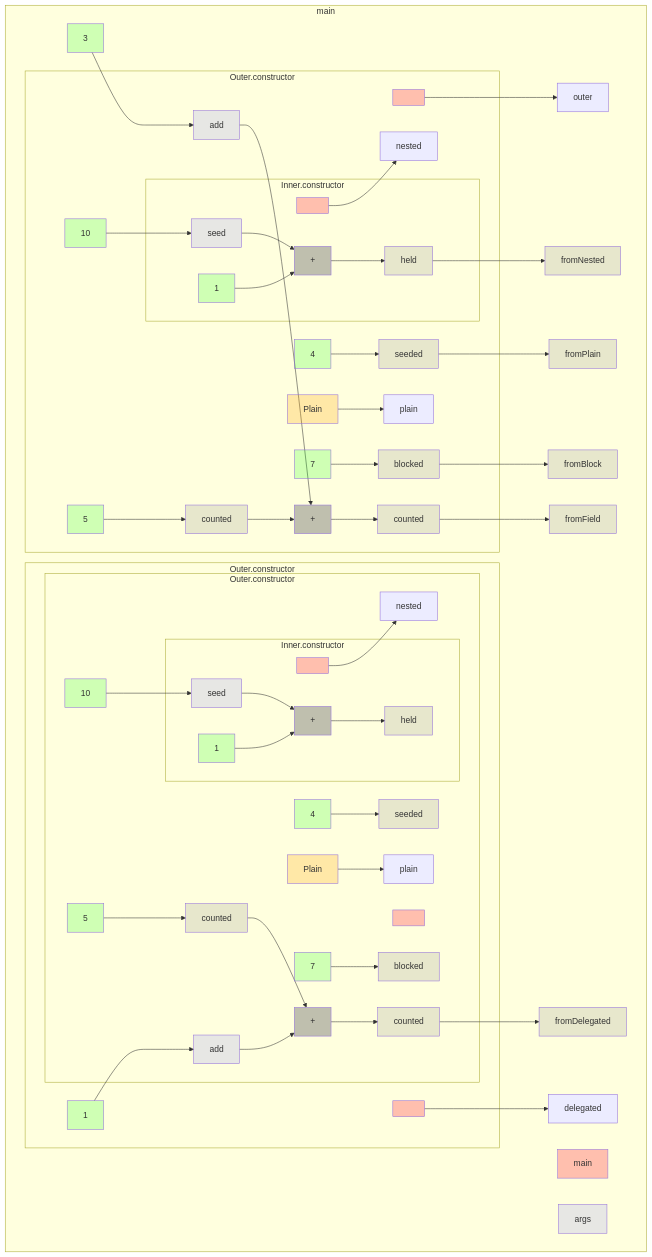
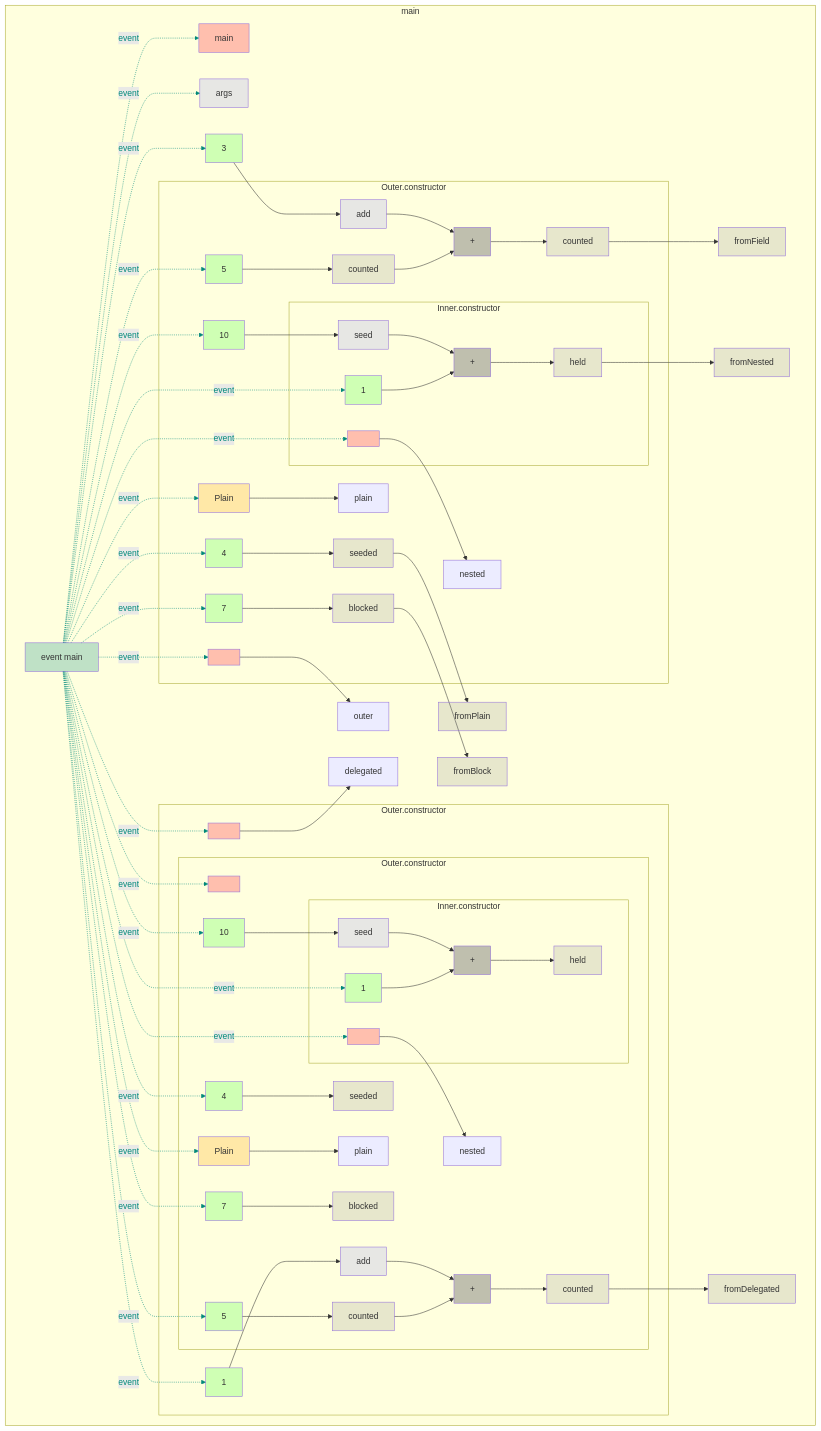
One commit to gstiebler/codeflow changed the diagram in app/src/test/resources/fieldInitializer/snapshot.md. Above: the diagram before and after it, drawn with Mermaid. The commit also changed 77 other files, not shown here.

````diff
--- a/app/src/test/resources/fieldInitializer/snapshot.md
+++ b/app/src/test/resources/fieldInitializer/snapshot.md
@@ -1,100 +1,143 @@
 ```mermaid
 flowchart TD
   subgraph b0["main"]
-    n1[main]:::RETURN
-    n2[args]:::FUNC_PARAM
-    n3[3]:::LITERAL
-    n25[outer]:::OBJ_VARIABLE
-    n26[fromField]:::VARIABLE
-    n27[fromBlock]:::VARIABLE
-    n28[fromNested]:::VARIABLE
-    n29[fromPlain]:::VARIABLE
-    n54[delegated]:::OBJ_VARIABLE
-    n55[fromDelegated]:::VARIABLE
-    n3[3]:::LITERAL --> n6[add]:::FUNC_PARAM
-    n5[<init>]:::RETURN --> n25[outer]:::OBJ_VARIABLE
-    n16[seeded]:::VARIABLE --> n29[fromPlain]:::VARIABLE
-    n22[blocked]:::VARIABLE --> n27[fromBlock]:::VARIABLE
-    n24[counted]:::VARIABLE --> n26[fromField]:::VARIABLE
-    n13[held]:::VARIABLE --> n28[fromNested]:::VARIABLE
-    n31[<init>]:::RETURN --> n54[delegated]:::OBJ_VARIABLE
-    n53[counted]:::VARIABLE --> n55[fromDelegated]:::VARIABLE
-    subgraph b4["Outer.constructor"]
-      n5[<init>]:::RETURN
-      n6[add]:::FUNC_PARAM
-      n7[10]:::LITERAL
-      n14[nested]:::OBJ_VARIABLE
-      n15[4]:::LITERAL
-      n16[seeded]:::VARIABLE
-      n17[Plain]:::EXTERNAL
-      n18[plain]:::OBJ_VARIABLE
-      n19[5]:::LITERAL
-      n20[counted]:::VARIABLE
-      n21[7]:::LITERAL
-      n22[blocked]:::VARIABLE
-      n23[+]:::BIN_OP
-      n24[counted]:::VARIABLE
-      n6[add]:::FUNC_PARAM --> n23[+]:::BIN_OP
-      n7[10]:::LITERAL --> n10[seed]:::FUNC_PARAM
-      n15[4]:::LITERAL --> n16[seeded]:::VARIABLE
-      n17[Plain]:::EXTERNAL --> n18[plain]:::OBJ_VARIABLE
-      n19[5]:::LITERAL --> n20[counted]:::VARIABLE
-      n20[counted]:::VARIABLE --> n23[+]:::BIN_OP
-      n21[7]:::LITERAL --> n22[blocked]:::VARIABLE
-      n23[+]:::BIN_OP --> n24[counted]:::VARIABLE
-      n9[<init>]:::RETURN --> n14[nested]:::OBJ_VARIABLE
-      subgraph b8["Inner.constructor"]
-        n9[<init>]:::RETURN
-        n10[seed]:::FUNC_PARAM
-        n11[1]:::LITERAL
-        n12[+]:::BIN_OP
-        n13[held]:::VARIABLE
-        n10[seed]:::FUNC_PARAM --> n12[+]:::BIN_OP
-        n11[1]:::LITERAL --> n12[+]:::BIN_OP
-        n12[+]:::BIN_OP --> n13[held]:::VARIABLE
+    n1[event main]:::EVENT
+    n2[main]:::RETURN
+    n3[args]:::FUNC_PARAM
+    n4[3]:::LITERAL
+    n26[outer]:::OBJ_VARIABLE
+    n27[fromField]:::VARIABLE
+    n28[fromBlock]:::VARIABLE
+    n29[fromNested]:::VARIABLE
+    n30[fromPlain]:::VARIABLE
+    n55[delegated]:::OBJ_VARIABLE
+    n56[fromDelegated]:::VARIABLE
+    n1[event main]:::EVENT -. event .-> n2[main]:::RETURN
+    n1[event main]:::EVENT -. event .-> n3[args]:::FUNC_PARAM
+    n1[event main]:::EVENT -. event .-> n4[3]:::LITERAL
+    n1[event main]:::EVENT -. event .-> n6[<init>]:::RETURN
+    n1[event main]:::EVENT -. event .-> n8[10]:::LITERAL
+    n1[event main]:::EVENT -. event .-> n16[4]:::LITERAL
+    n1[event main]:::EVENT -. event .-> n18[Plain]:::EXTERNAL
+    n1[event main]:::EVENT -. event .-> n20[5]:::LITERAL
+    n1[event main]:::EVENT -. event .-> n22[7]:::LITERAL
+    n1[event main]:::EVENT -. event .-> n10[<init>]:::RETURN
+    n1[event main]:::EVENT -. event .-> n12[1]:::LITERAL
+    n1[event main]:::EVENT -. event .-> n32[<init>]:::RETURN
+    n1[event main]:::EVENT -. event .-> n33[1]:::LITERAL
+    n1[event main]:::EVENT -. event .-> n35[<init>]:::RETURN
+    n1[event main]:::EVENT -. event .-> n37[10]:::LITERAL
+    n1[event main]:::EVENT -. event .-> n45[4]:::LITERAL
+    n1[event main]:::EVENT -. event .-> n47[Plain]:::EXTERNAL
+    n1[event main]:::EVENT -. event .-> n49[5]:::LITERAL
+    n1[event main]:::EVENT -. event .-> n51[7]:::LITERAL
+    n1[event main]:::EVENT -. event .-> n39[<init>]:::RETURN
+    n1[event main]:::EVENT -. event .-> n41[1]:::LITERAL
+    n4[3]:::LITERAL --> n7[add]:::FUNC_PARAM
+    n6[<init>]:::RETURN --> n26[outer]:::OBJ_VARIABLE
+    n17[seeded]:::VARIABLE --> n30[fromPlain]:::VARIABLE
+    n23[blocked]:::VARIABLE --> n28[fromBlock]:::VARIABLE
+    n25[counted]:::VARIABLE --> n27[fromField]:::VARIABLE
+    n14[held]:::VARIABLE --> n29[fromNested]:::VARIABLE
+    n32[<init>]:::RETURN --> n55[delegated]:::OBJ_VARIABLE
+    n54[counted]:::VARIABLE --> n56[fromDelegated]:::VARIABLE
+    subgraph b5["Outer.constructor"]
+      n6[<init>]:::RETURN
+      n7[add]:::FUNC_PARAM
+      n8[10]:::LITERAL
+      n15[nested]:::OBJ_VARIABLE
+      n16[4]:::LITERAL
+      n17[seeded]:::VARIABLE
+      n18[Plain]:::EXTERNAL
+      n19[plain]:::OBJ_VARIABLE
+      n20[5]:::LITERAL
+      n21[counted]:::VARIABLE
+      n22[7]:::LITERAL
+      n23[blocked]:::VARIABLE
+      n24[+]:::BIN_OP
+      n25[counted]:::VARIABLE
+      n7[add]:::FUNC_PARAM --> n24[+]:::BIN_OP
+      n8[10]:::LITERAL --> n11[seed]:::FUNC_PARAM
+      n16[4]:::LITERAL --> n17[seeded]:::VARIABLE
+      n18[Plain]:::EXTERNAL --> n19[plain]:::OBJ_VARIABLE
+      n20[5]:::LITERAL --> n21[counted]:::VARIABLE
+      n21[counted]:::VARIABLE --> n24[+]:::BIN_OP
+      n22[7]:::LITERAL --> n23[blocked]:::VARIABLE
+      n24[+]:::BIN_OP --> n25[counted]:::VARIABLE
+      n10[<init>]:::RETURN --> n15[nested]:::OBJ_VARIABLE
+      subgraph b9["Inner.constructor"]
+        n10[<init>]:::RETURN
+        n11[seed]:::FUNC_PARAM
+        n12[1]:::LITERAL
+        n13[+]:::BIN_OP
+        n14[held]:::VARIABLE
+        n11[seed]:::FUNC_PARAM --> n13[+]:::BIN_OP
+        n12[1]:::LITERAL --> n13[+]:::BIN_OP
+        n13[+]:::BIN_OP --> n14[held]:::VARIABLE
       end
     end
-    subgraph b30["Outer.constructor"]
-      n31[<init>]:::RETURN
-      n32[1]:::LITERAL
-      n32[1]:::LITERAL --> n35[add]:::FUNC_PARAM
-      subgraph b33["Outer.constructor"]
-        n34[<init>]:::RETURN
-        n35[add]:::FUNC_PARAM
-        n36[10]:::LITERAL
-        n43[nested]:::OBJ_VARIABLE
-        n44[4]:::LITERAL
-        n45[seeded]:::VARIABLE
-        n46[Plain]:::EXTERNAL
-        n47[plain]:::OBJ_VARIABLE
-        n48[5]:::LITERAL
-        n49[counted]:::VARIABLE
-        n50[7]:::LITERAL
-        n51[blocked]:::VARIABLE
-        n52[+]:::BIN_OP
-        n53[counted]:::VARIABLE
-        n35[add]:::FUNC_PARAM --> n52[+]:::BIN_OP
-        n36[10]:::LITERAL --> n39[seed]:::FUNC_PARAM
-        n44[4]:::LITERAL --> n45[seeded]:::VARIABLE
-        n46[Plain]:::EXTERNAL --> n47[plain]:::OBJ_VARIABLE
-        n48[5]:::LITERAL --> n49[counted]:::VARIABLE
-        n49[counted]:::VARIABLE --> n52[+]:::BIN_OP
-        n50[7]:::LITERAL --> n51[blocked]:::VARIABLE
-        n52[+]:::BIN_OP --> n53[counted]:::VARIABLE
-        n38[<init>]:::RETURN --> n43[nested]:::OBJ_VARIABLE
-        subgraph b37["Inner.constructor"]
-          n38[<init>]:::RETURN
-          n39[seed]:::FUNC_PARAM
-          n40[1]:::LITERAL
-          n41[+]:::BIN_OP
-          n42[held]:::VARIABLE
-          n39[seed]:::FUNC_PARAM --> n41[+]:::BIN_OP
-          n40[1]:::LITERAL --> n41[+]:::BIN_OP
-          n41[+]:::BIN_OP --> n42[held]:::VARIABLE
+    subgraph b31["Outer.constructor"]
+      n32[<init>]:::RETURN
+      n33[1]:::LITERAL
+      n33[1]:::LITERAL --> n36[add]:::FUNC_PARAM
+      subgraph b34["Outer.constructor"]
+        n35[<init>]:::RETURN
+        n36[add]:::FUNC_PARAM
+        n37[10]:::LITERAL
+        n44[nested]:::OBJ_VARIABLE
+        n45[4]:::LITERAL
+        n46[seeded]:::VARIABLE
+        n47[Plain]:::EXTERNAL
+        n48[plain]:::OBJ_VARIABLE
+        n49[5]:::LITERAL
+        n50[counted]:::VARIABLE
+        n51[7]:::LITERAL
+        n52[blocked]:::VARIABLE
+        n53[+]:::BIN_OP
+        n54[counted]:::VARIABLE
+        n36[add]:::FUNC_PARAM --> n53[+]:::BIN_OP
+        n37[10]:::LITERAL --> n40[seed]:::FUNC_PARAM
+        n45[4]:::LITERAL --> n46[seeded]:::VARIABLE
+        n47[Plain]:::EXTERNAL --> n48[plain]:::OBJ_VARIABLE
+        n49[5]:::LITERAL --> n50[counted]:::VARIABLE
+        n50[counted]:::VARIABLE --> n53[+]:::BIN_OP
+        n51[7]:::LITERAL --> n52[blocked]:::VARIABLE
+        n53[+]:::BIN_OP --> n54[counted]:::VARIABLE
+        n39[<init>]:::RETURN --> n44[nested]:::OBJ_VARIABLE
+        subgraph b38["Inner.constructor"]
+          n39[<init>]:::RETURN
+          n40[seed]:::FUNC_PARAM
+          n41[1]:::LITERAL
+          n42[+]:::BIN_OP
+          n43[held]:::VARIABLE
+          n40[seed]:::FUNC_PARAM --> n42[+]:::BIN_OP
+          n41[1]:::LITERAL --> n42[+]:::BIN_OP
+          n42[+]:::BIN_OP --> n43[held]:::VARIABLE
         end
       end
     end
   end
+  linkStyle 0 stroke:#00897b,color:#00897b
+  linkStyle 1 stroke:#00897b,color:#00897b
+  linkStyle 2 stroke:#00897b,color:#00897b
+  linkStyle 3 stroke:#00897b,color:#00897b
+  linkStyle 4 stroke:#00897b,color:#00897b
+  linkStyle 5 stroke:#00897b,color:#00897b
+  linkStyle 6 stroke:#00897b,color:#00897b
+  linkStyle 7 stroke:#00897b,color:#00897b
+  linkStyle 8 stroke:#00897b,color:#00897b
+  linkStyle 9 stroke:#00897b,color:#00897b
+  linkStyle 10 stroke:#00897b,color:#00897b
+  linkStyle 11 stroke:#00897b,color:#00897b
+  linkStyle 12 stroke:#00897b,color:#00897b
+  linkStyle 13 stroke:#00897b,color:#00897b
+  linkStyle 14 stroke:#00897b,color:#00897b
+  linkStyle 15 stroke:#00897b,color:#00897b
+  linkStyle 16 stroke:#00897b,color:#00897b
+  linkStyle 17 stroke:#00897b,color:#00897b
+  linkStyle 18 stroke:#00897b,color:#00897b
+  linkStyle 19 stroke:#00897b,color:#00897b
+  linkStyle 20 stroke:#00897b,color:#00897b
   classDef LITERAL fill:#00FF0030
   classDef VARIABLE fill:#80808030
   classDef BIN_OP fill:#80808080
@@ -102,4 +145,5 @@
   classDef RETURN fill:#FF808080
   classDef EXTERNAL fill:#FFA50040
   classDef UNMODELLED fill:#FF000030,stroke-dasharray: 4 2
+  classDef EVENT fill:#00897B40
 ```
````
